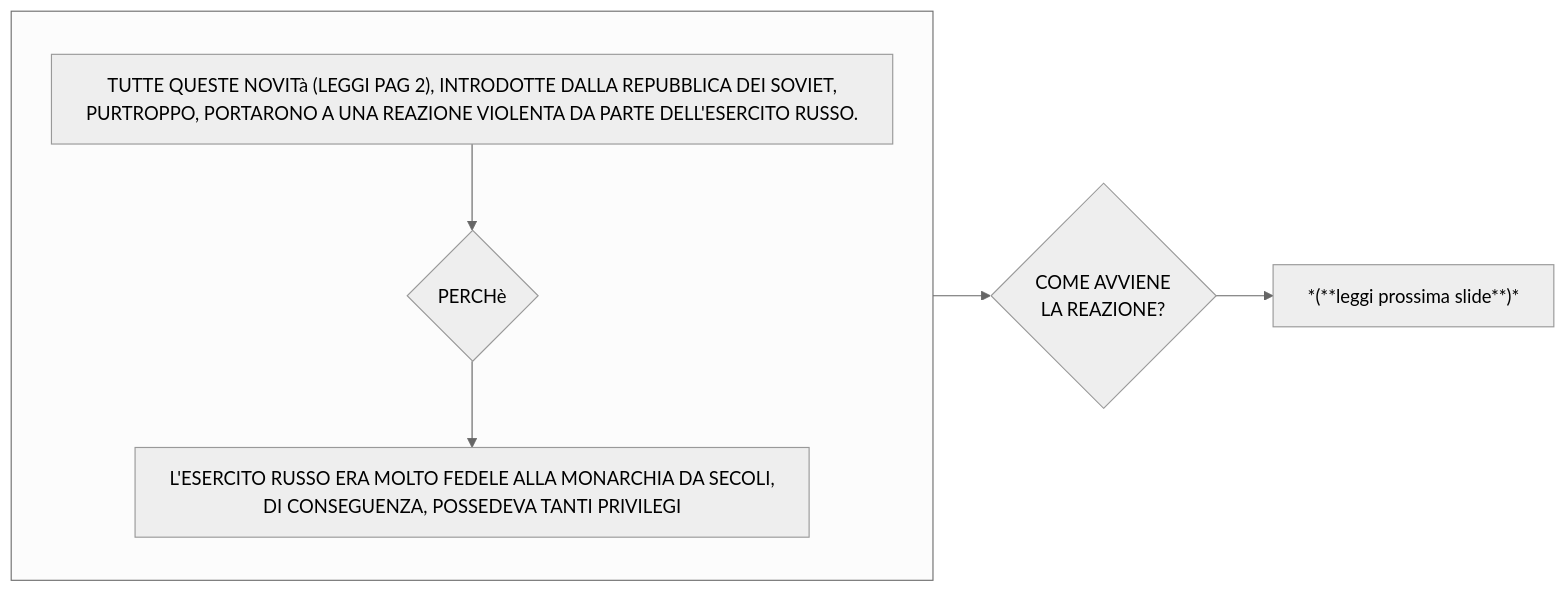
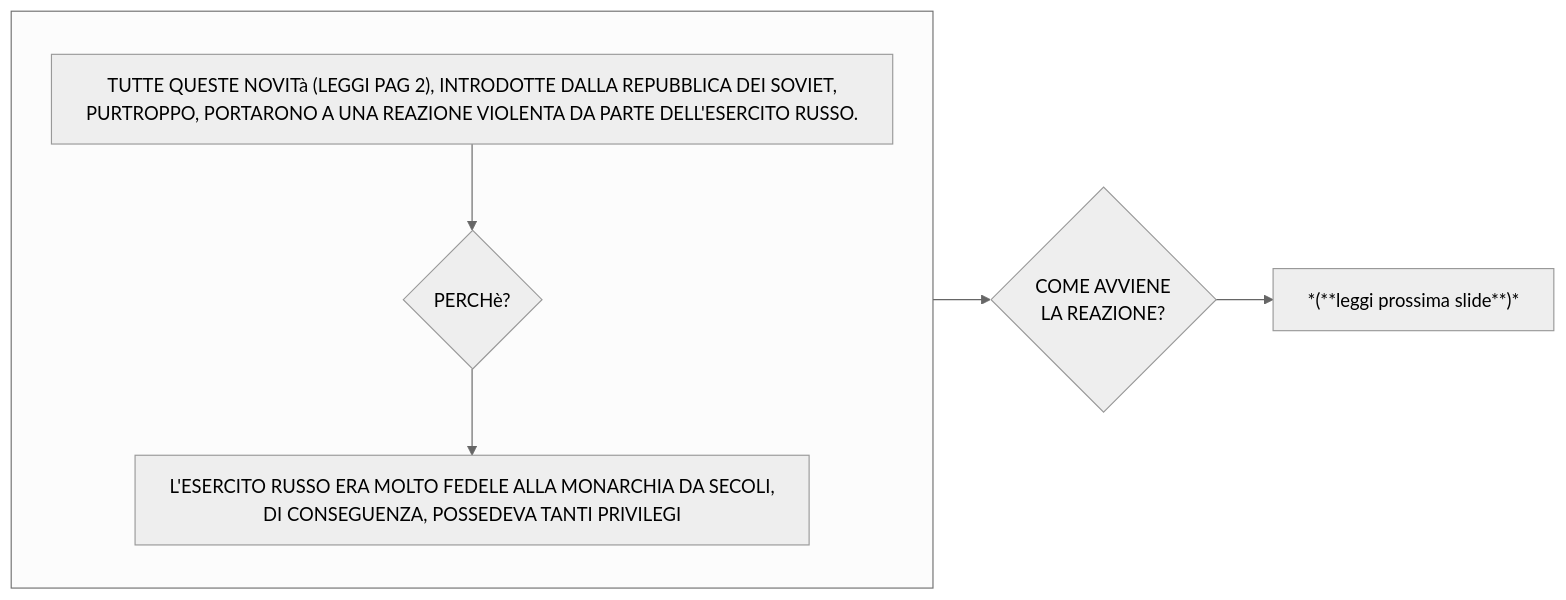
One commit to Laaouatni/ricerca-storia-MermaidJS changed the fourth of 5 diagrams in stalinismoRiscrittura.md. Above: the diagram before and after it, drawn with Mermaid (neutral theme). The commit also changed other lines of this file, not shown here.

````diff
--- a/stalinismoRiscrittura.md
+++ b/stalinismoRiscrittura.md
@@ -64,15 +64,15 @@
 ```mermaid
 %%{init: { "flowchart": { "wrappingWidth": 700 } }}%%
 flowchart LR
   subgraph 3[" "]
     direction TB
     0["TUTTE QUESTE NOVITà (LEGGI PAG 2), INTRODOTTE DALLA REPUBBLICA DEI SOVIET, <br>PURTROPPO, PORTARONO A UNA REAZIONE VIOLENTA DA PARTE DELL'ESERCITO RUSSO."]
-    1{PERCHè}
+    1{PERCHè?}
     2[L'ESERCITO RUSSO ERA MOLTO FEDELE ALLA MONARCHIA DA SECOLI, <br> DI CONSEGUENZA, POSSEDEVA TANTI PRIVILEGI]
     0 --> 1 --> 2
   end
   4{COME AVVIENE <br>LA REAZIONE?}
   3 --> 4
   40["*(**leggi prossima slide**)*"]
   4 --> 40
 ```
````
